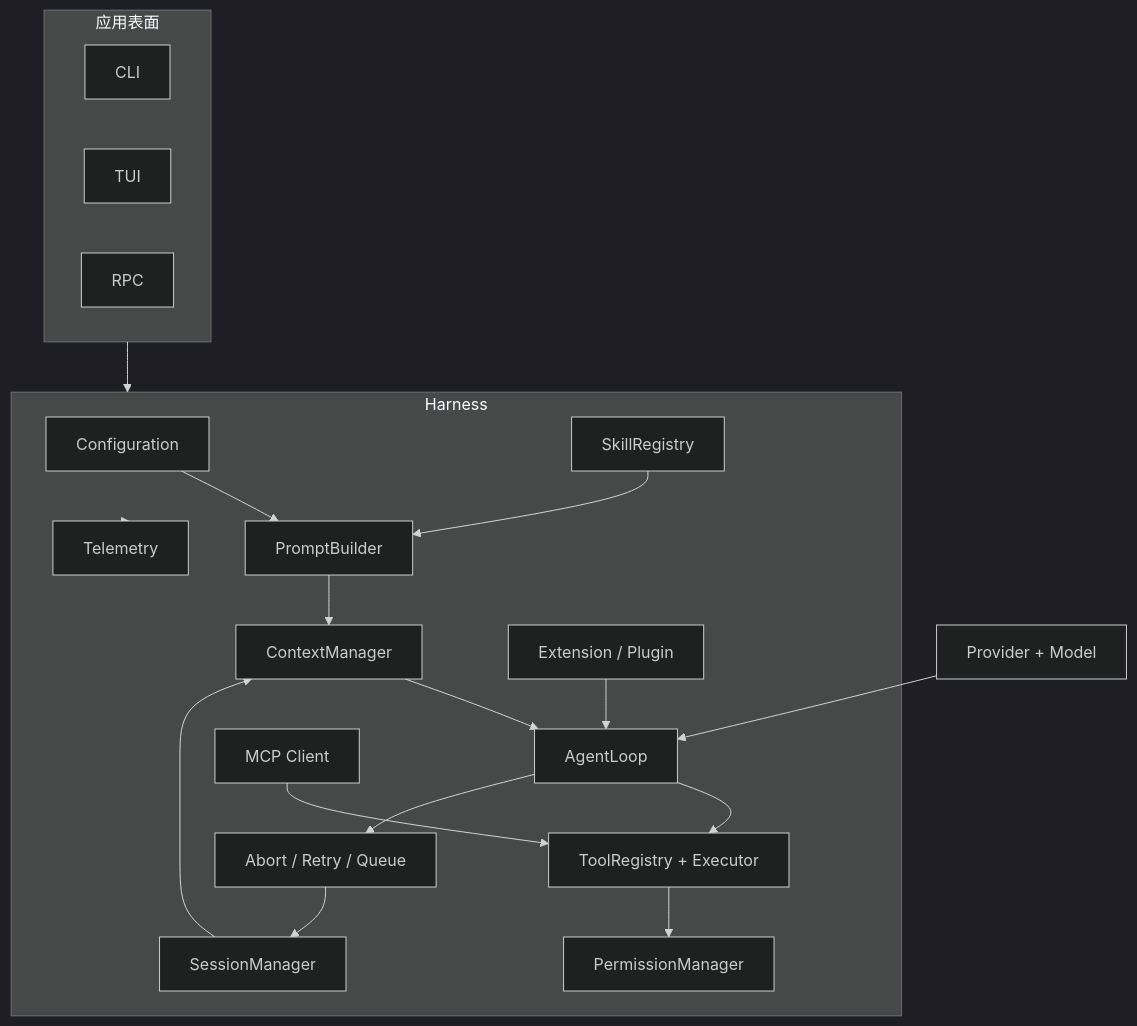
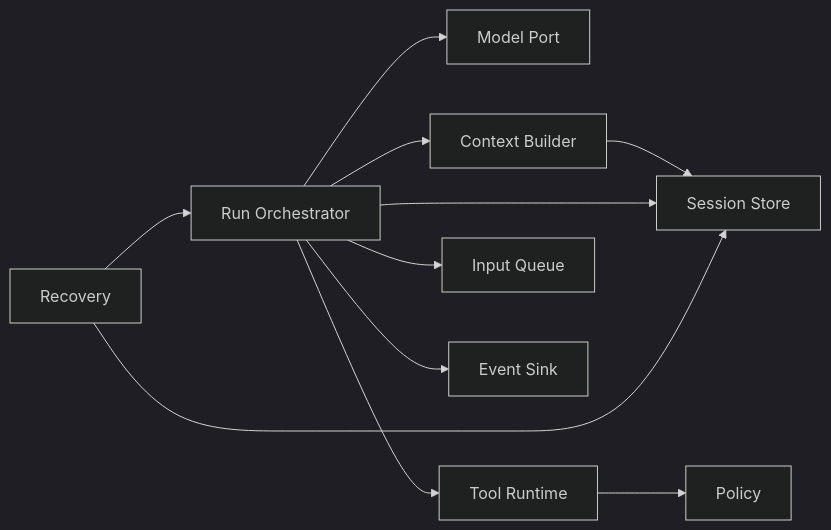
Before and after one commit to coolerks/pi-lean: the first of 2 diagrams in ai-agent-learning/07-harness/architecture.mdx, drawn with Mermaid (dark theme). The commit also changed other lines of this file and 135 other files, not shown here.

````diff
--- a/ai-agent-learning/07-harness/architecture.mdx
+++ b/ai-agent-learning/07-harness/architecture.mdx
@@ -8,36 +23,23 @@
 ```mermaid
-flowchart TB
-    subgraph Surface[应用表面]
-      CLI[CLI]
-      TUI[TUI]
-      RPC[RPC]
-    end
-    subgraph Runtime[Harness]
-      Config[Configuration]
-      Prompt[PromptBuilder]
-      Context[ContextManager]
-      Loop[AgentLoop]
-      Tools[ToolRegistry + Executor]
-      Control[Abort / Retry / Queue]
-      Session[SessionManager]
-      Permission[PermissionManager]
-      Plugins[Extension / Plugin]
-      Skills[SkillRegistry]
-      MCP[MCP Client]
-      Telemetry[Telemetry]
-    end
-    Model[Provider + Model] --> Loop
-    Surface --> Runtime
-    Config --> Prompt
-    Skills --> Prompt
-    Session --> Context
-    Prompt --> Context
-    Context --> Loop
-    Loop --> Tools
-    Tools --> Permission
-    Loop --> Control
-    Control --> Session
-    Plugins --> Loop
-    MCP --> Tools
-    Runtime --> Telemetry
+flowchart LR
+    Orchestrator[Run Orchestrator]
+    Model[Model Port]
+    Context[Context Builder]
+    Tools[Tool Runtime]
+    Policy[Policy]
+    Store[Session Store]
+    Queue[Input Queue]
+    Events[Event Sink]
+    Recovery[Recovery]
+
+    Orchestrator --> Context
+    Context --> Store
+    Orchestrator --> Model
+    Orchestrator --> Tools
+    Tools --> Policy
+    Orchestrator --> Queue
+    Orchestrator --> Store
+    Orchestrator --> Events
+    Recovery --> Store
+    Recovery --> Orchestrator
 ```
````
